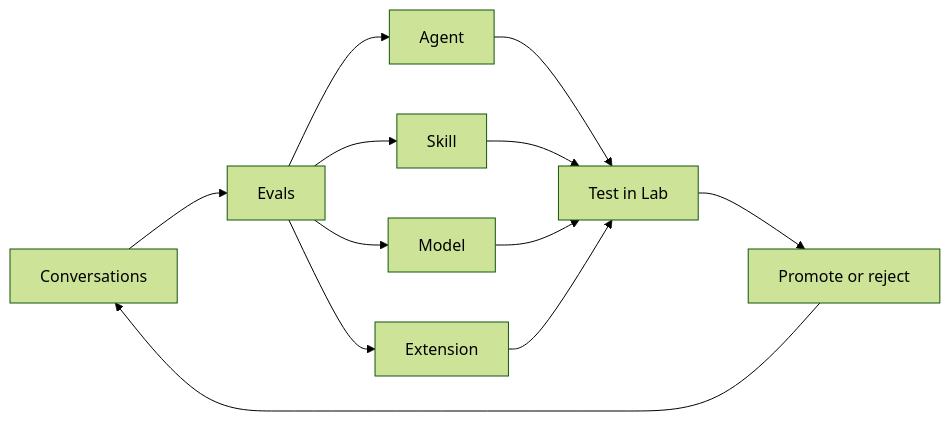
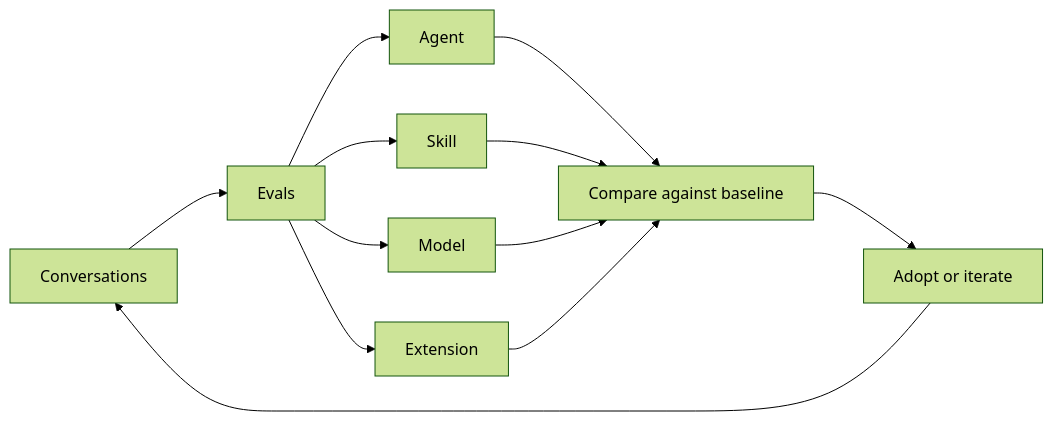
The diagram in README.md (openpond/openpond), drawn with Mermaid (forest theme) before and after one commit. The commit also changed other lines of this file and 2 other files, not shown here.

````diff
--- a/README.md
+++ b/README.md
@@ -34,14 +7,14 @@
 ```mermaid
 flowchart LR
     S["Conversations"] --> E["Evals"]
     E --> A["Agent"]
     E --> K["Skill"]
     E --> M["Model"]
     E --> X["Extension"]
-    A --> V["Test in Lab"]
+    A --> V["Compare against baseline"]
     K --> V
     M --> V
     X --> V
-    V --> P["Promote or reject"]
+    V --> P["Adopt or iterate"]
     P --> S
 ```
````
